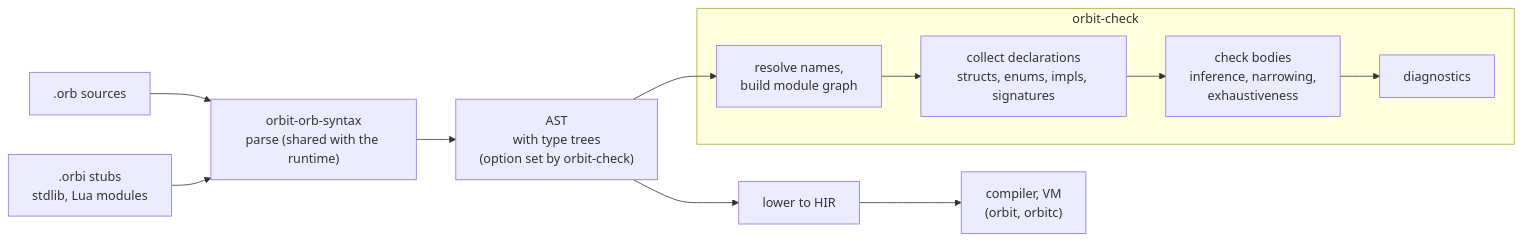
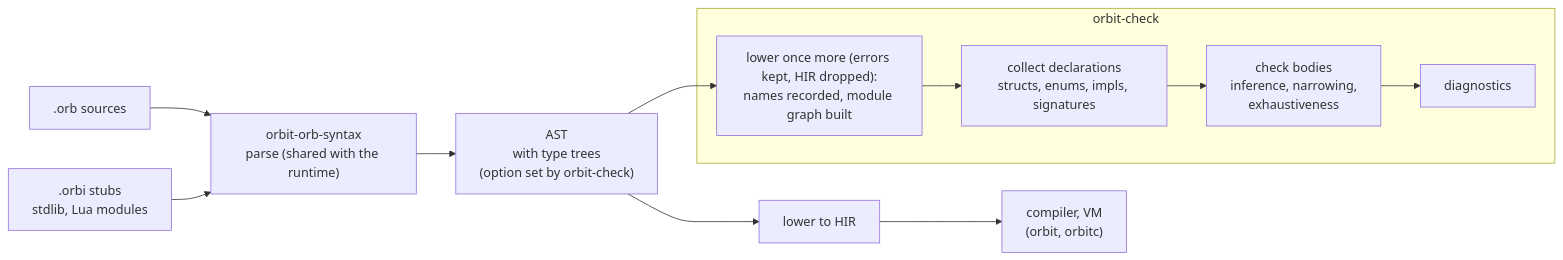
One commit to orbitscript-lang/OrbitScript changed the diagram in docs/design/orbit-check/proposal.md. Above: the diagram before and after it, drawn with Mermaid. The commit also changed other lines of this file and 9 other files, not shown here.

````diff
--- a/docs/design/orbit-check/proposal.md
+++ b/docs/design/orbit-check/proposal.md
@@ -29,18 +29,18 @@
 ```mermaid
 flowchart LR
     orb[".orb sources"] --> parse["orbit-orb-syntax<br/>parse (shared with the runtime)"]
     parse --> ast["AST<br/>with type trees<br/>(option set by orbit-check)"]
     ast --> lower["lower to HIR"] --> comp["compiler, VM<br/>(orbit, orbitc)"]
     ast --> resolve
     stubs[".orbi stubs<br/>stdlib, Lua modules"] --> parse
-    resolve["resolve names,<br/>build module graph"]
+    resolve["lower once more (errors kept, HIR dropped):<br/>names recorded, module graph built"]
     resolve --> decls["collect declarations<br/>structs, enums, impls, signatures"]
     decls --> bodies["check bodies<br/>inference, narrowing,<br/>exhaustiveness"]
     bodies --> diag["diagnostics"]
     subgraph check["orbit-check"]
         resolve
         decls
         bodies
         diag
     end
 ```
````
